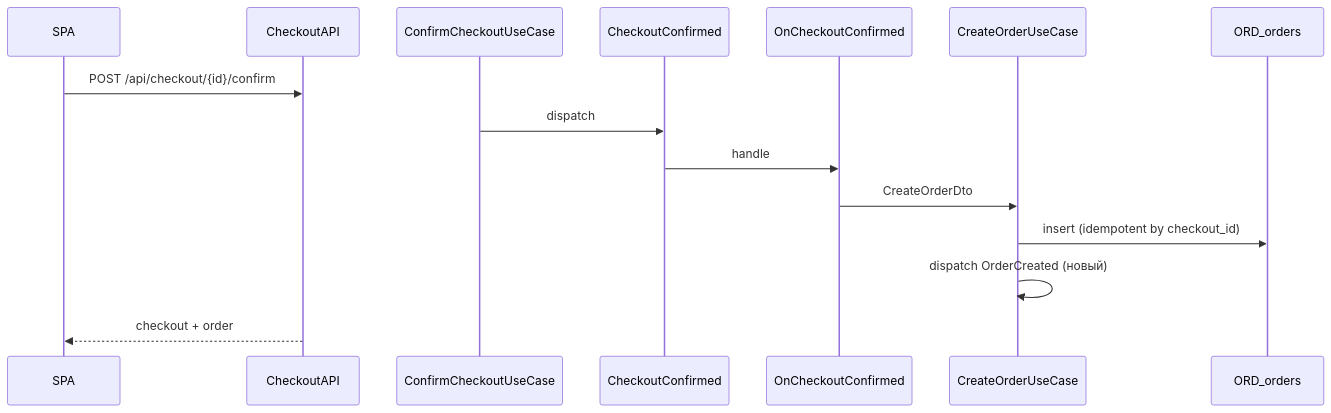
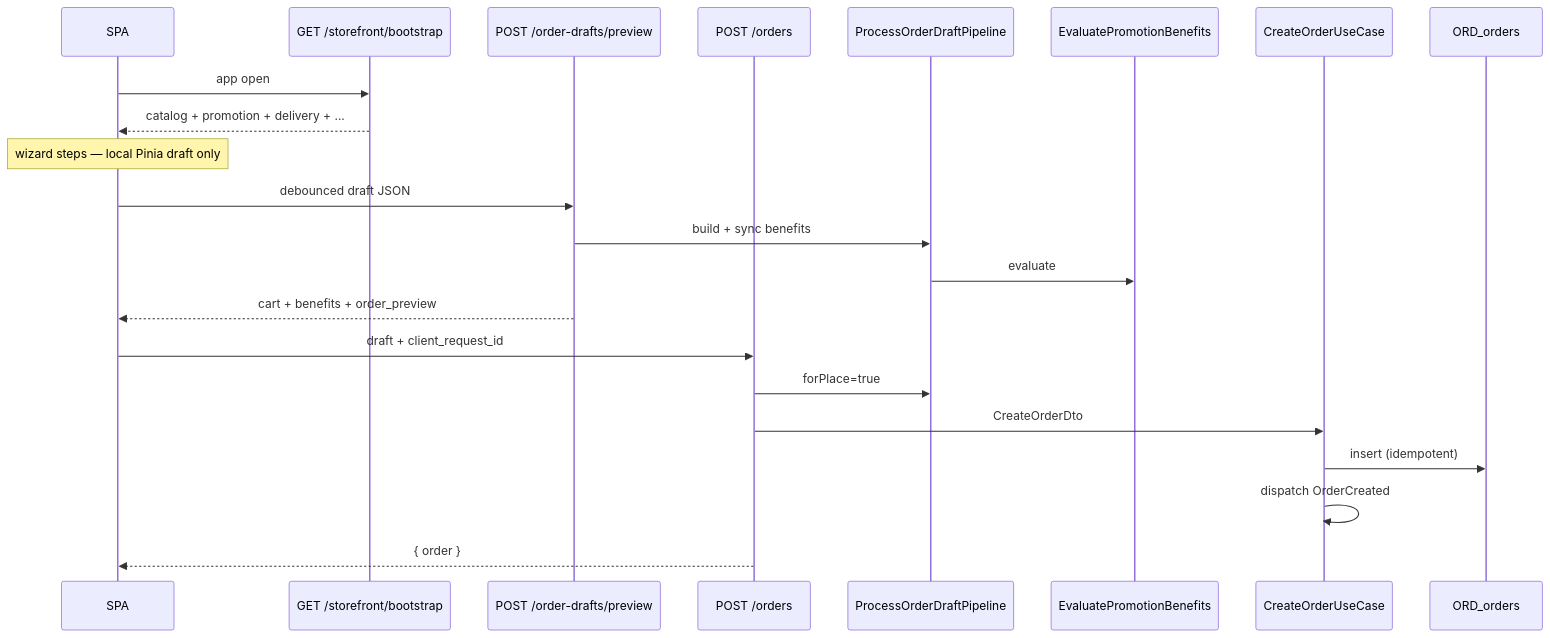
The first of 3 diagrams in .cursor/docs/order/flow.md (blessq12/gangsters.pro), drawn with Mermaid before and after one commit. The commit also changed other lines of this file and 418 other files, not shown here.

Commit message:
refactor: заменить Checkout BC на OrderDraft preview/place и Storefront bootstrap; перевести визард оформления на stateless API, SKU в каталоге и правки геокодирования зоны.

````diff
--- a/.cursor/docs/order/flow.md
+++ b/.cursor/docs/order/flow.md
@@ -5,18 +5,28 @@
 ```mermaid
 sequenceDiagram
     participant SPA
-    participant CheckoutAPI
-    participant CheckoutUC as ConfirmCheckoutUseCase
-    participant Event as CheckoutConfirmed
-    participant OrderH as OnCheckoutConfirmed
+    participant Bootstrap as GET /storefront/bootstrap
+    participant Preview as POST /order-drafts/preview
+    participant Place as POST /orders
+    participant Pipeline as ProcessOrderDraftPipeline
+    participant Promo as EvaluatePromotionBenefits
     participant OrderUC as CreateOrderUseCase
     participant DB as ORD_orders
 
-    SPA->>CheckoutAPI: POST /api/checkout/{id}/confirm
-    CheckoutUC->>Event: dispatch
-    Event->>OrderH: handle
-    OrderH->>OrderUC: CreateOrderDto
-    OrderUC->>DB: insert (idempotent by checkout_id)
-    OrderUC->>OrderUC: dispatch OrderCreated (новый)
-    CheckoutAPI-->>SPA: checkout + order
+    SPA->>Bootstrap: app open
+    Bootstrap-->>SPA: catalog + promotion + delivery + ...
+
+    Note over SPA: wizard steps — local Pinia draft only
+
+    SPA->>Preview: debounced draft JSON
+    Preview->>Pipeline: build + sync benefits
+    Pipeline->>Promo: evaluate
+    Preview-->>SPA: cart + benefits + order_preview
+
+    SPA->>Place: draft + client_request_id
+    Place->>Pipeline: forPlace=true
+    Place->>OrderUC: CreateOrderDto
+    OrderUC->>DB: insert (idempotent)
+    OrderUC->>OrderUC: dispatch OrderCreated
+    Place-->>SPA: { order }
 ```
````
